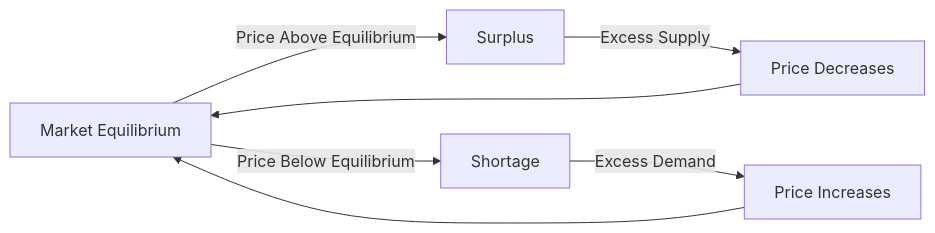
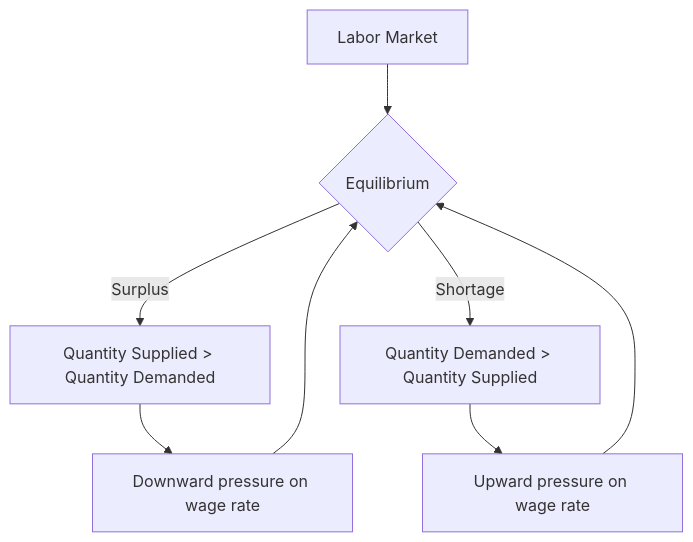
The diagram in Obsidian_Vault/2-Academic/Winter 2026/Economics/2_Theory_Of_Demand_And_Supply/Surplus_And_Shortage.md (DagimAlemayehuu/Ater), drawn with Mermaid before and after one commit. The commit also changed other lines of this file and 41 other files, not shown here.

Commit message:
Hardening OKA Pedagogical Architecture: Fix relational links, metadata formatting, and Jump-to-PDF functionality

````diff
--- a/Obsidian_Vault/2-Academic/Winter 2026/Economics/2_Theory_Of_Demand_And_Supply/Surplus_And_Shortage.md
+++ b/Obsidian_Vault/2-Academic/Winter 2026/Economics/2_Theory_Of_Demand_And_Supply/Surplus_And_Shortage.md
@@ -34,11 +51,12 @@
 ```mermaid
 
-graph LR
-    A[Market Equilibrium] -->|Price Above Equilibrium| B[Surplus]
-    A -->|Price Below Equilibrium| C[Shortage]
-    B -->|Excess Supply| D[Price Decreases]
-    C -->|Excess Demand| E[Price Increases]
-    D --> A
-    E --> A
+graph TD
+    A[Labor Market] --> B{Equilibrium}
+    B -->|Surplus| C[Quantity Supplied > Quantity Demanded]
+    B -->|Shortage| D[Quantity Demanded > Quantity Supplied]
+    C --> E[Downward pressure on wage rate]
+    D --> F[Upward pressure on wage rate]
+    E --> B
+    F --> B
 
 ```
````
